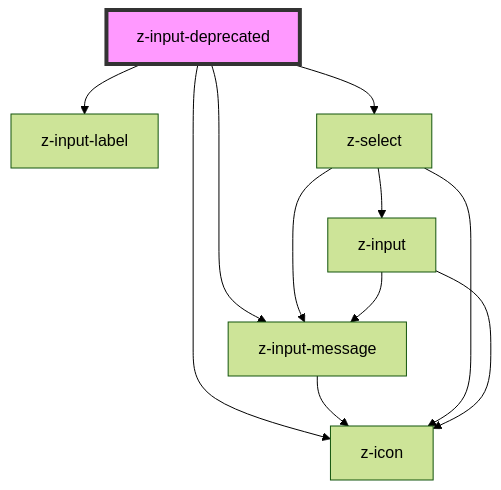
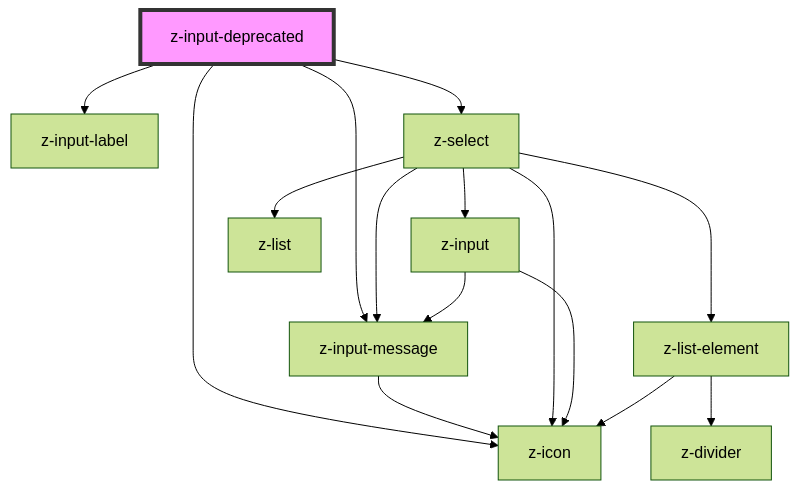
The diagram in src/deprecated/z-input-deprecated/readme.md (ZanichelliEditore/design-system), drawn with Mermaid (forest theme) before and after one commit. The commit also changed 6 other files, not shown here.

Commit message:
refactor: use z-list and z-list-element in z-select

````diff
--- a/src/deprecated/z-input-deprecated/readme.md
+++ b/src/deprecated/z-input-deprecated/readme.md
@@ -205,14 +205,18 @@
 ```mermaid
 graph TD;
   z-input-deprecated --> z-input-label
   z-input-deprecated --> z-icon
   z-input-deprecated --> z-input-message
   z-input-deprecated --> z-select
   z-input-message --> z-icon
   z-select --> z-input
+  z-select --> z-list
+  z-select --> z-list-element
   z-select --> z-icon
   z-select --> z-input-message
   z-input --> z-icon
   z-input --> z-input-message
+  z-list-element --> z-icon
+  z-list-element --> z-divider
   style z-input-deprecated fill:#f9f,stroke:#333,stroke-width:4px
 ```
````
